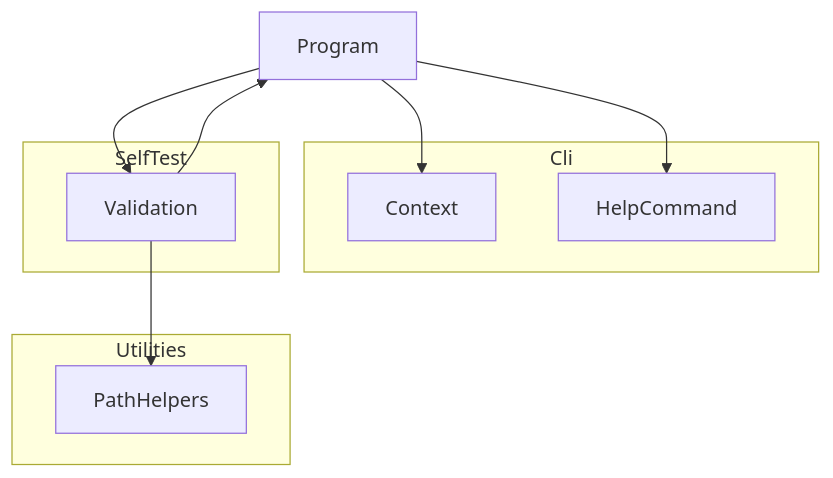
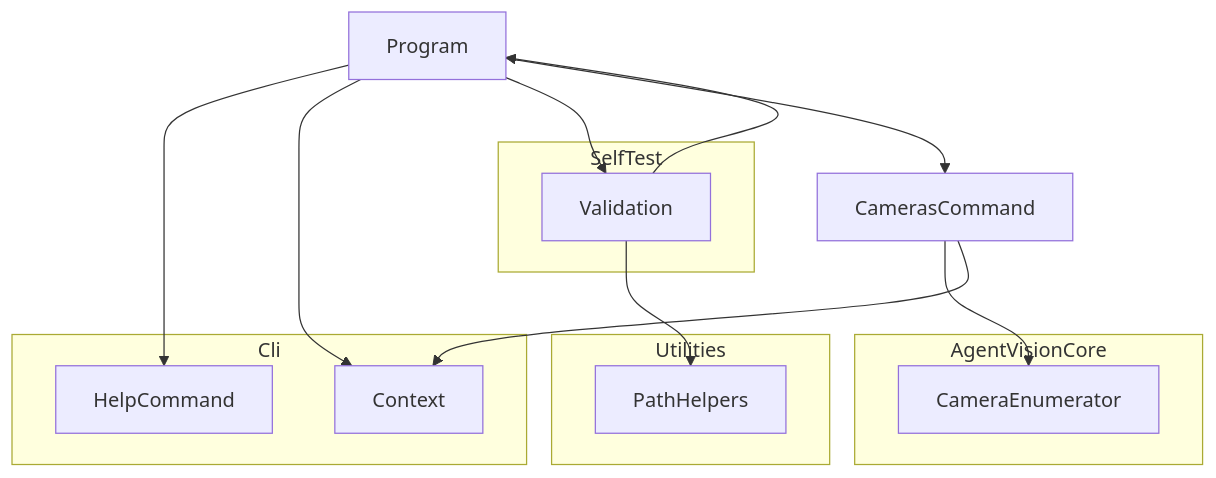
The diagram in docs/design/agent-vision-tool.md (demaconsulting/AgentVision), drawn with Mermaid before and after one commit. The commit also changed other lines of this file and 87 other files, not shown here.

First line of the commit message:
Add camera enumeration to AgentVision.Core and the cameras command

````diff
--- a/docs/design/agent-vision-tool.md
+++ b/docs/design/agent-vision-tool.md
@@ -14,19 +13,26 @@
 ```mermaid
 flowchart TD
     Program
+    CamerasCommand
     subgraph Cli
         Context
         HelpCommand
     end
     subgraph SelfTest
         Validation
     end
     subgraph Utilities
         PathHelpers
     end
+    subgraph AgentVisionCore
+        CameraEnumerator
+    end
     Program --> HelpCommand
     Program --> Context
     Program --> Validation
+    Program --> CamerasCommand
+    CamerasCommand --> CameraEnumerator
+    CamerasCommand --> Context
     Validation --> Program
     Validation --> PathHelpers
 ```
````
